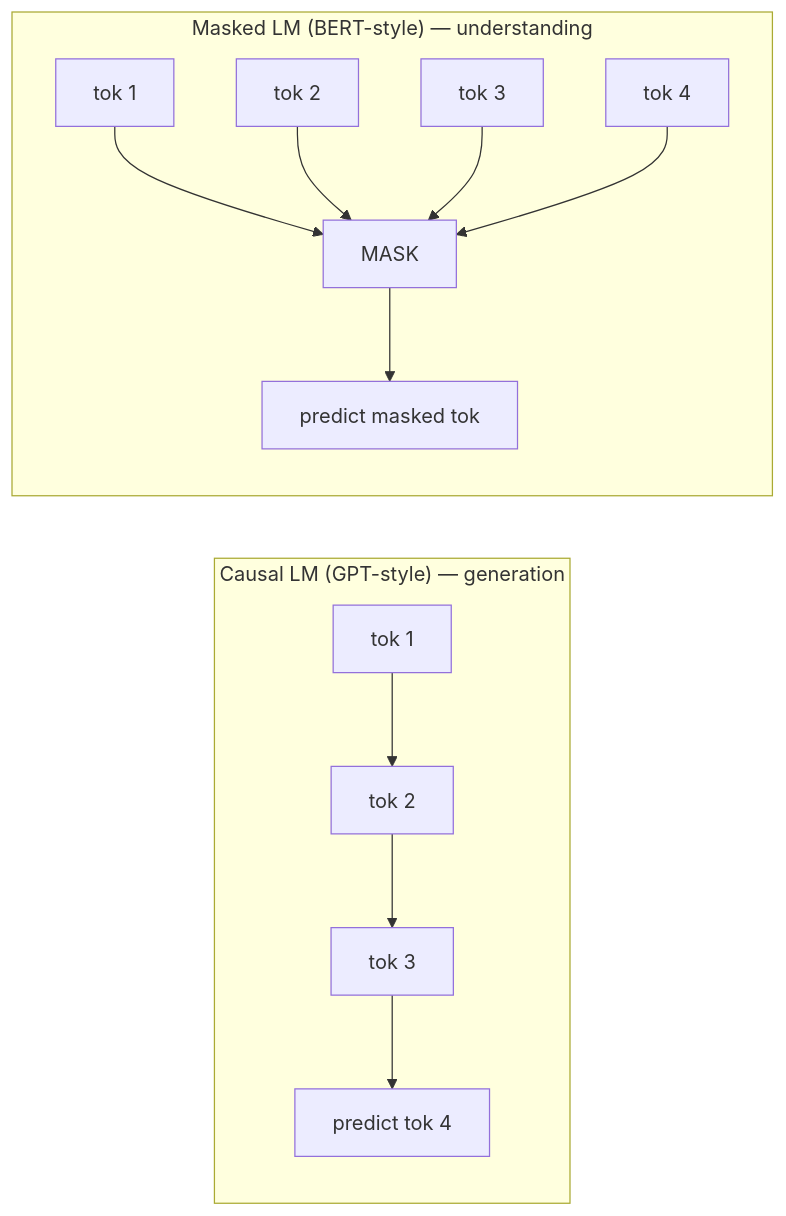
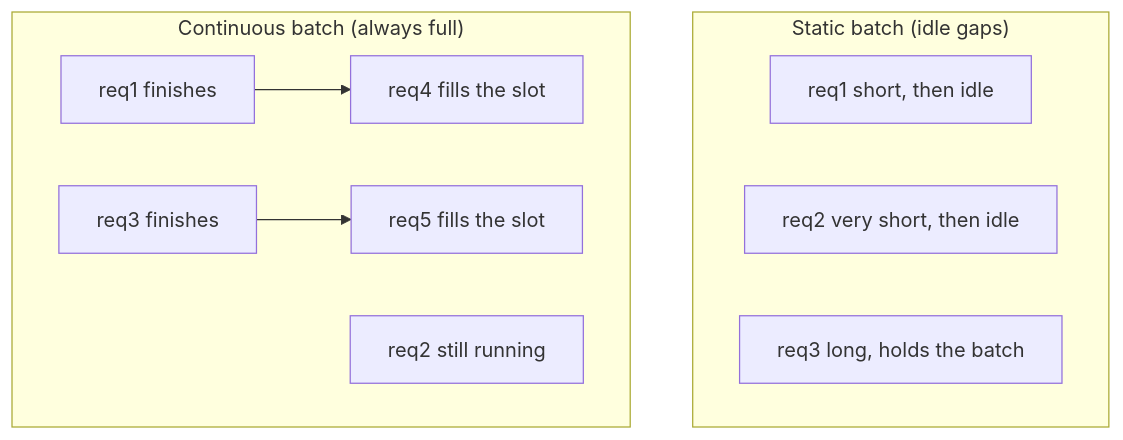
Before and after one commit to kader-xai/kader-xai.github.io: the fourth of 7 diagrams in ai-ml-encyclopedia/ch30.qmd, drawn with Mermaid. The commit also changed other lines of this file and 47 other files, not shown here.

````diff
--- a/ai-ml-encyclopedia/ch30.qmd
+++ b/ai-ml-encyclopedia/ch30.qmd
@@ -212,13 +335,13 @@
 ```{mermaid}
-flowchart LR
-  subgraph Causal["Causal LM (GPT-style) — generation"]
-    c1[tok 1] --> c2[tok 2] --> c3[tok 3] --> c4[predict tok 4]
-  end
-  subgraph Masked["Masked LM (BERT-style) — understanding"]
-    m1[tok 1] --> mx[MASK]
-    m2[tok 2] --> mx
-    m3[tok 3] --> mx
-    m4[tok 4] --> mx
-    mx --> mp[predict masked tok]
-  end
+graph TD
+    subgraph Static["Static batch (idle gaps)"]
+      s1[req1 short, then idle]
+      s2[req2 very short, then idle]
+      s3[req3 long, holds the batch]
+    end
+    subgraph Cont["Continuous batch (always full)"]
+      c1[req1 finishes] --> c4[req4 fills the slot]
+      c2[req2 still running]
+      c3[req3 finishes] --> c5[req5 fills the slot]
+    end
 ```
````
